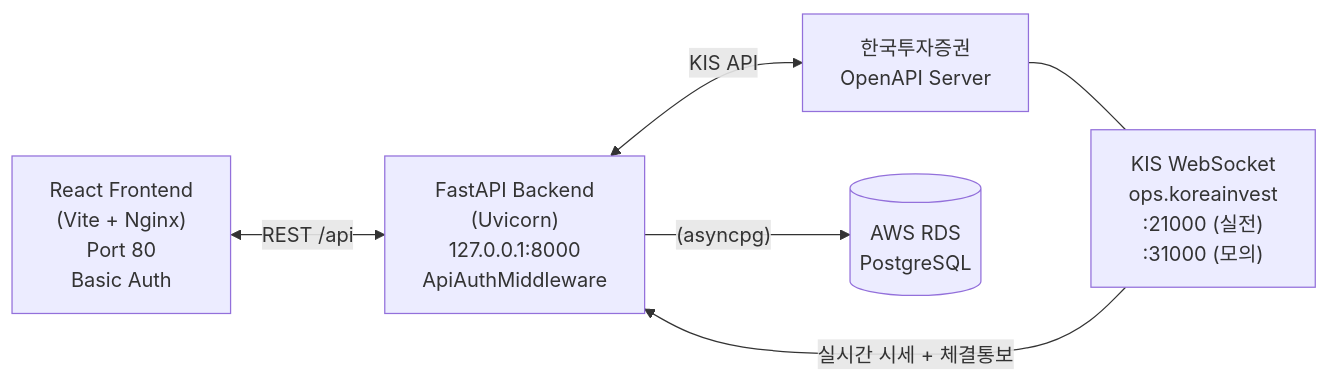
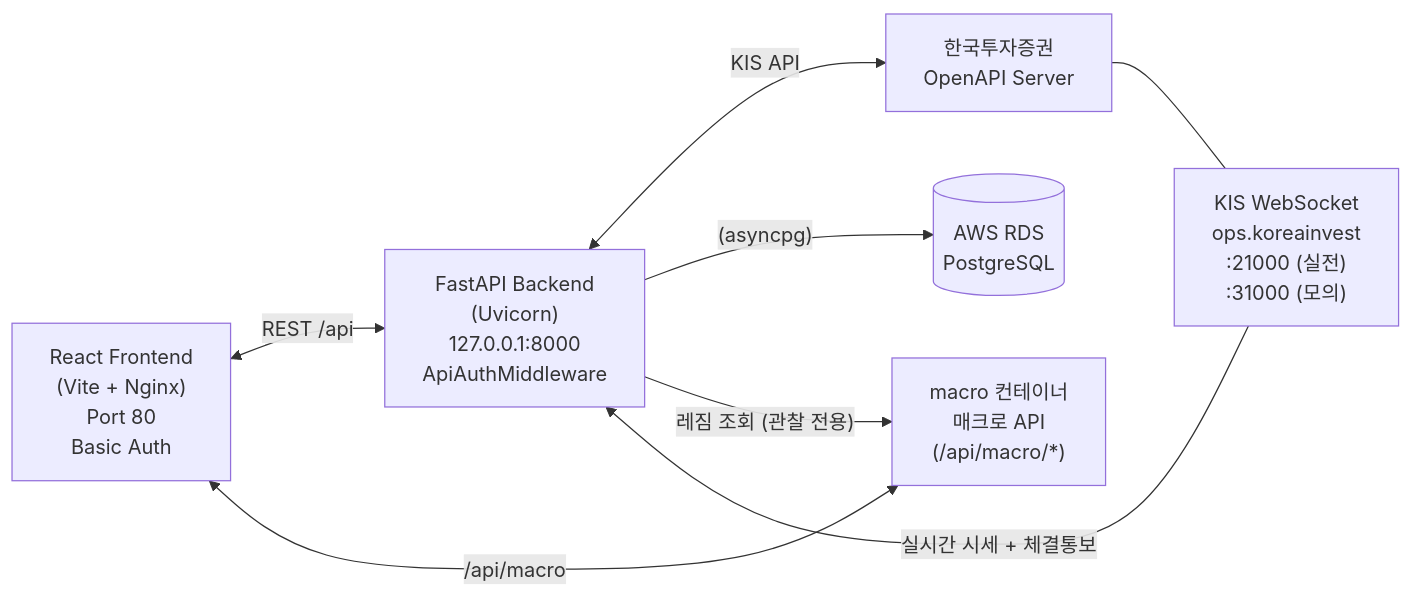
The first of 25 diagrams in docs/architecture.md (canduk910/auto_stock), drawn with Mermaid before and after one commit. The commit also changed other lines of this file and 4 other files, not shown here.

First line of the commit message:
docs: architecture.md 를 7전략 전체로 확대(§4 엔진 그림·멤버 표, §8 매수 신호 흐름 8.3~8.7) + Mermaid 때 찾은 불일치 정리(컨테이너 3개·배포 모드·README kojiro·깨진 앵커) + param_drift.py 모듈 맵 + cycle363 행 정정 부기

````diff
--- a/docs/architecture.md
+++ b/docs/architecture.md
@@ -11,14 +11,17 @@
 ```mermaid
 flowchart LR
     FE["React Frontend<br/>(Vite + Nginx)<br/>Port 80<br/>Basic Auth"]
     BE["FastAPI Backend<br/>(Uvicorn)<br/>127.0.0.1:8000<br/>ApiAuthMiddleware"]
     KIS["한국투자증권<br/>OpenAPI Server"]
     WS["KIS WebSocket<br/>ops.koreainvest<br/>:21000 (실전)<br/>:31000 (모의)"]
     DB[("AWS RDS<br/>PostgreSQL")]
+    MAC["macro 컨테이너<br/>매크로 API<br/>(/api/macro/*)"]
 
     FE <-->|"REST /api"| BE
+    FE <-->|"/api/macro"| MAC
     BE <-->|"KIS API"| KIS
     KIS --- WS
     WS -->|"실시간 시세 + 체결통보"| BE
     BE -->|"(asyncpg)"| DB
+    BE -->|"레짐 조회 (관찰 전용)"| MAC
 ```
````
